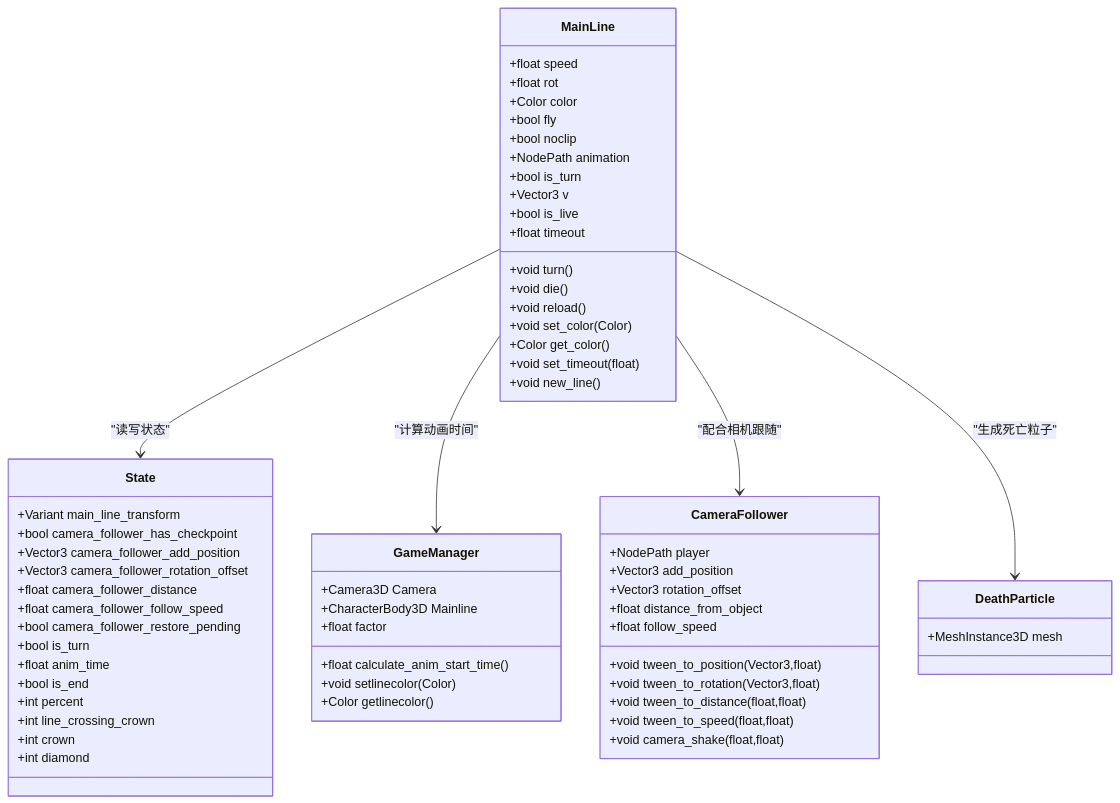
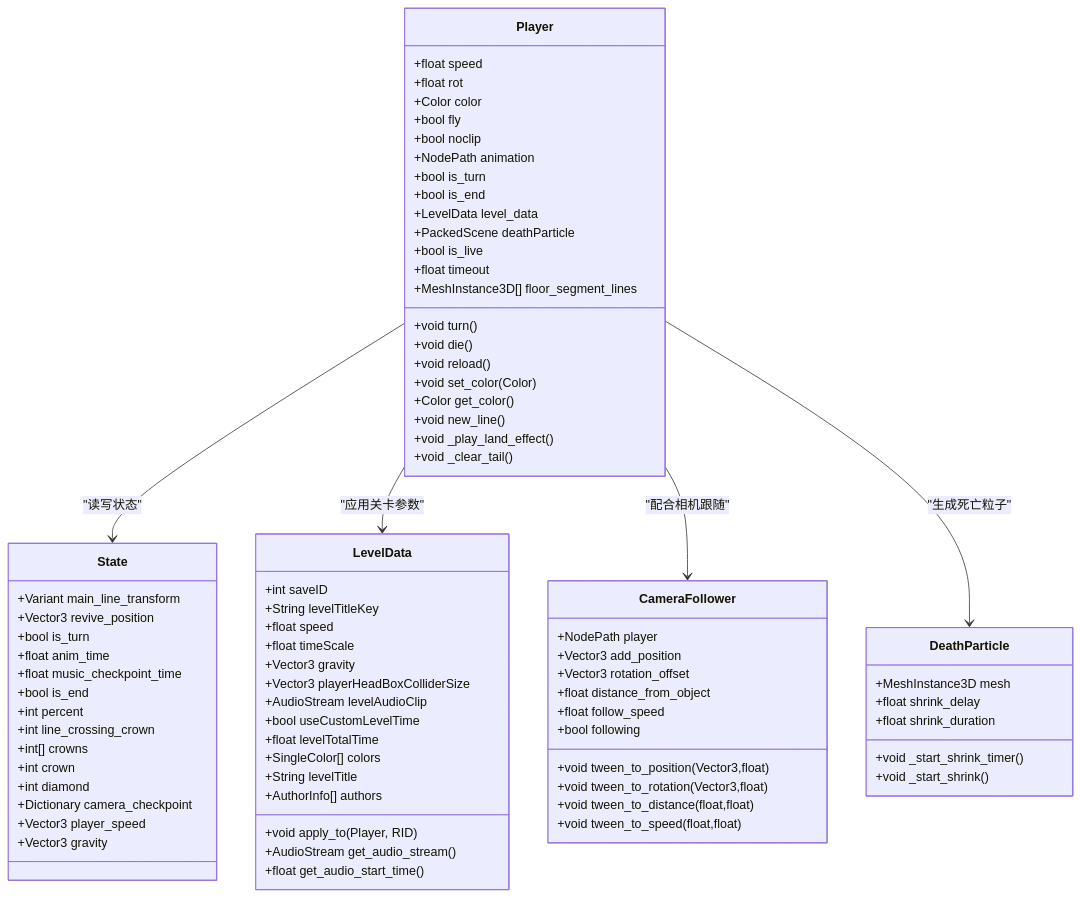
Before and after one commit to godotline/godot-line: the third of 6 diagrams in .qoder/repowiki/zh/content/游戏系统/角色控制系统.md, drawn with Mermaid. The commit also changed other lines of this file and 18 other files, not shown here.

````diff
--- a/.qoder/repowiki/zh/content/游戏系统/角色控制系统.md
+++ b/.qoder/repowiki/zh/content/游戏系统/角色控制系统.md
@@ -149,65 +150,82 @@
 ```mermaid
 classDiagram
-class MainLine {
+class Player {
 +float speed
 +float rot
 +Color color
 +bool fly
 +bool noclip
 +NodePath animation
 +bool is_turn
-+Vector3 v
++bool is_end
++LevelData level_data
++PackedScene deathParticle
 +bool is_live
 +float timeout
++MeshInstance3D[] floor_segment_lines
 +void turn()
 +void die()
 +void reload()
 +void set_color(Color)
 +Color get_color()
-+void set_timeout(float)
 +void new_line()
++void _play_land_effect()
++void _clear_tail()
 }
 class State {
 +Variant main_line_transform
-+bool camera_follower_has_checkpoint
-+Vector3 camera_follower_add_position
-+Vector3 camera_follower_rotation_offset
-+float camera_follower_distance
-+float camera_follower_follow_speed
-+bool camera_follower_restore_pending
++Vector3 revive_position
 +bool is_turn
 +float anim_time
++float music_checkpoint_time
 +bool is_end
 +int percent
 +int line_crossing_crown
++int[] crowns
 +int crown
 +int diamond
++Dictionary camera_checkpoint
++Vector3 player_speed
++Vector3 gravity
 }
-class GameManager {
-+Camera3D Camera
-+CharacterBody3D Mainline
-+float factor
-+float calculate_anim_start_time()
-+void setlinecolor(Color)
-+Color getlinecolor()
+class LevelData {
++int saveID
++String levelTitleKey
++float speed
++float timeScale
++Vector3 gravity
++Vector3 playerHeadBoxColliderSize
++AudioStream levelAudioClip
++bool useCustomLevelTime
++float levelTotalTime
++SingleColor[] colors
++String levelTitle
++AuthorInfo[] authors
++void apply_to(Player, RID)
++AudioStream get_audio_stream()
++float get_audio_start_time()
 }
 class CameraFollower {
 +NodePath player
 +Vector3 add_position
 +Vector3 rotation_offset
 +float distance_from_object
 +float follow_speed
++bool following
 +void tween_to_position(Vector3,float)
 +void tween_to_rotation(Vector3,float)
 +void tween_to_distance(float,float)
 +void tween_to_speed(float,float)
-+void camera_shake(float,float)
 }
 class DeathParticle {
 +MeshInstance3D mesh
++float shrink_delay
++float shrink_duration
++void _start_shrink_timer()
++void _start_shrink()
 }
-MainLine --> State : "读写状态"
-MainLine --> GameManager : "计算动画时间"
-MainLine --> CameraFollower : "配合相机跟随"
-MainLine --> DeathParticle : "生成死亡粒子"
+Player --> State : "读写状态"
+Player --> LevelData : "应用关卡参数"
+Player --> CameraFollower : "配合相机跟随"
+Player --> DeathParticle : "生成死亡粒子"
 ```
````
